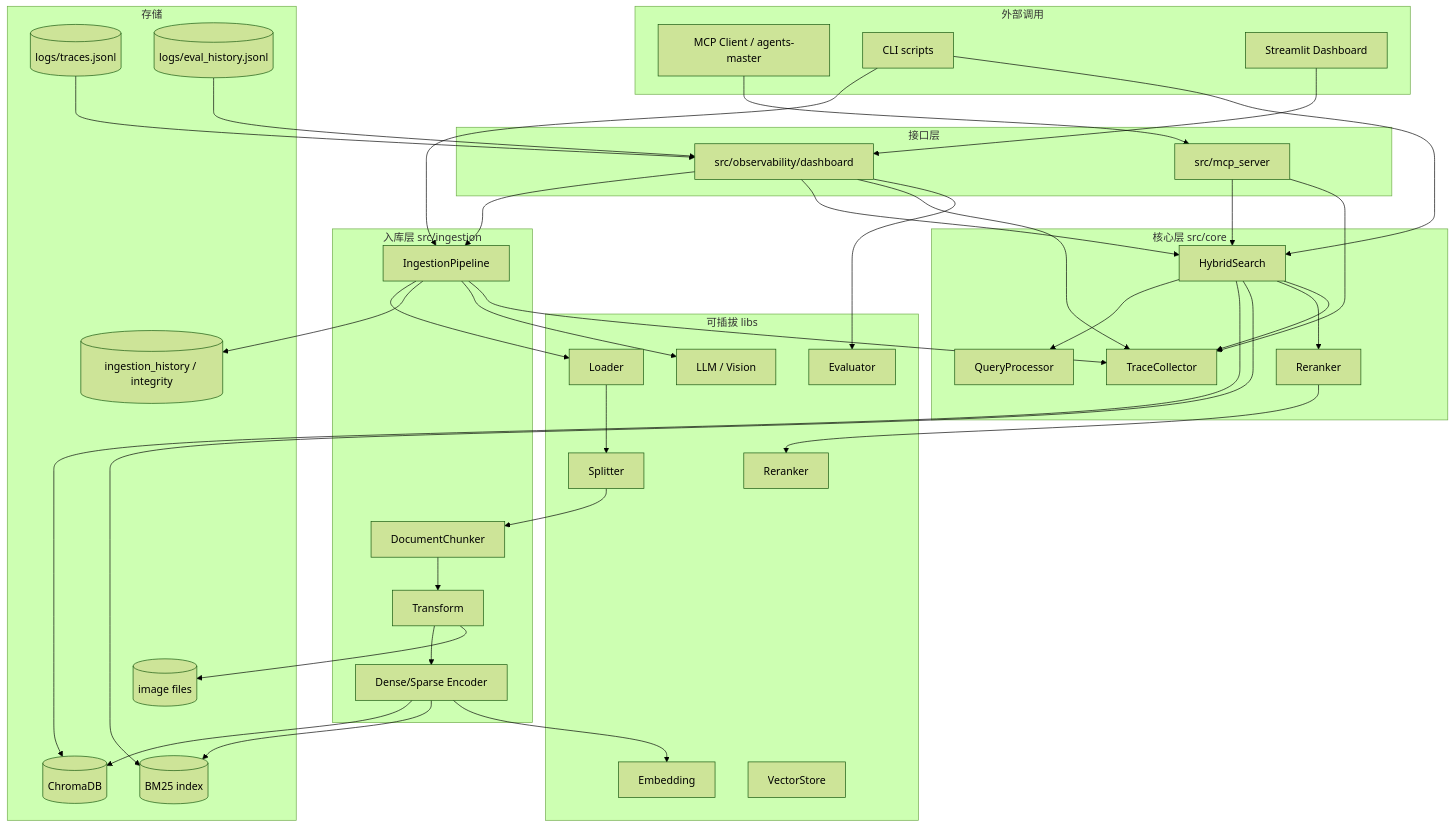
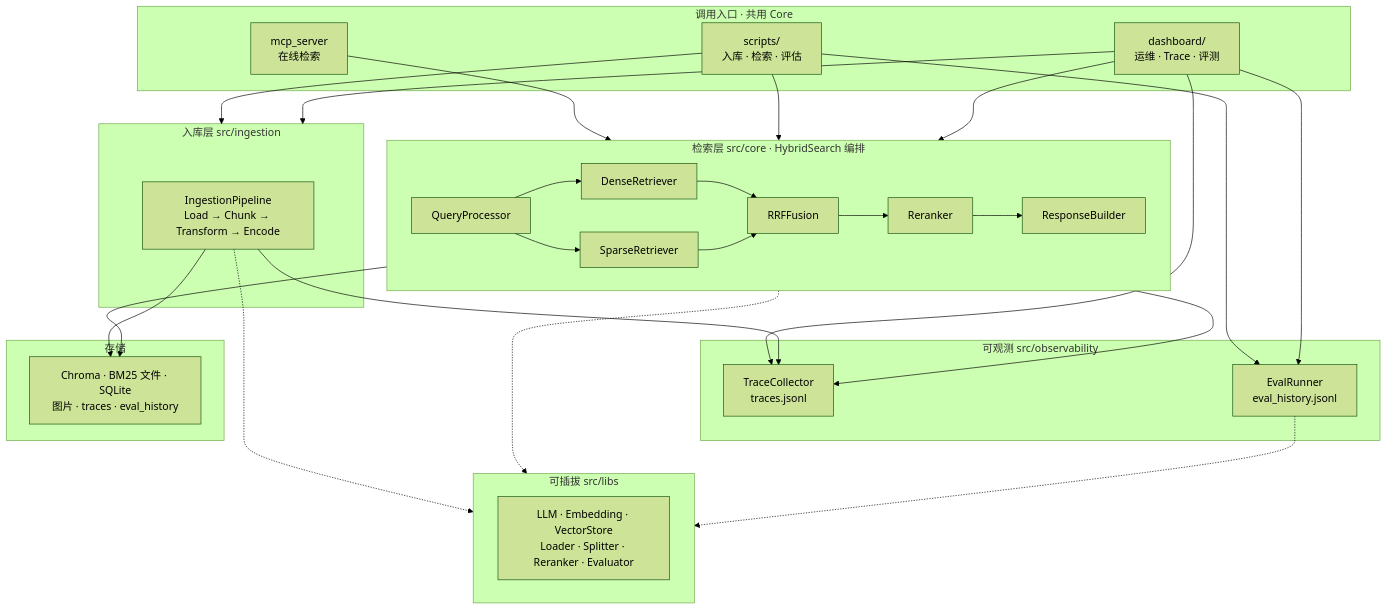
Before and after one commit to fireloop0828/contextbridge-agent: the diagram in rag-server/docs/project-design/系统架构与模块选型.md, drawn with Mermaid (forest theme). The commit also changed other lines of this file and 6 other files, not shown here.

````diff
--- a/rag-server/docs/project-design/系统架构与模块选型.md
+++ b/rag-server/docs/project-design/系统架构与模块选型.md
@@ -26,75 +26,48 @@
 ```mermaid
 flowchart TB
-  subgraph External[外部调用]
-    MCP[MCP Client / agents-master]
-    CLI[CLI scripts]
-    UI[Streamlit Dashboard]
-  end
-
-  subgraph Interface[接口层]
-    MCPsrv[src/mcp_server]
-    Dash[src/observability/dashboard]
-  end
-
-  subgraph Core[核心层 src/core]
-    QP[QueryProcessor]
-    HS[HybridSearch]
-    RR[Reranker]
-    Trace[TraceCollector]
+  subgraph Entry[调用入口 · 共用 Core]
+    MCP["mcp_server<br/>在线检索"]
+    CLI["scripts/<br/>入库 · 检索 · 评估"]
+    DASH["dashboard/<br/>运维 · Trace · 评测"]
   end
 
   subgraph Ingestion[入库层 src/ingestion]
-    Pipe[IngestionPipeline]
-    Chunk[DocumentChunker]
-    Trans[Transform]
-    Enc[Dense/Sparse Encoder]
+    PIPE["IngestionPipeline<br/>Load → Chunk → Transform → Encode"]
   end
 
-  subgraph Libs[可插拔 libs]
-    LLM[LLM / Vision]
-    Emb[Embedding]
-    VS[VectorStore]
-    Load[Loader]
-    Split[Splitter]
-    RerankLib[Reranker]
-    EvalLib[Evaluator]
+  subgraph Retrieval[检索层 src/core · HybridSearch 编排]
+    QP[QueryProcessor]
+    DR[DenseRetriever]
+    SR[SparseRetriever]
+    RRF[RRFFusion]
+    RR[Reranker]
+    RB[ResponseBuilder]
+    QP --> DR & SR
+    DR --> RRF
+    SR --> RRF
+    RRF --> RR --> RB
+  end
+
+  subgraph Obs[可观测 src/observability]
+    TRACE["TraceCollector<br/>traces.jsonl"]
+    EVAL["EvalRunner<br/>eval_history.jsonl"]
+  end
+
+  subgraph Libs[可插拔 src/libs]
+    LIB["LLM · Embedding · VectorStore<br/>Loader · Splitter · Reranker · Evaluator"]
   end
 
   subgraph Storage[存储]
-    Chroma[(ChromaDB)]
-    BM25[(BM25 index)]
-    SQLite[(ingestion_history / integrity)]
-    Img[(image files)]
-    Traces[(logs/traces.jsonl)]
-    EvalHist[(logs/eval_history.jsonl)]
+    DB["Chroma · BM25 文件 · SQLite<br/>图片 · traces · eval_history"]
   end
 
-  MCP --> MCPsrv
-  CLI --> Pipe
-  CLI --> HS
-  UI --> Dash
-  MCPsrv --> HS
-  MCPsrv --> Trace
-  Dash --> Pipe
-  Dash --> HS
-  Dash --> Trace
+  MCP --> Retrieval
+  CLI --> Ingestion & Retrieval & EVAL
+  DASH --> Ingestion & Retrieval & TRACE & EVAL
 
-  Pipe --> Load --> Split --> Chunk --> Trans --> Enc
-  Enc --> Chroma
-  Enc --> BM25
-  Pipe --> SQLite
-  Trans --> Img
-
-  HS --> QP
-  HS --> Chroma
-  HS --> BM25
-  HS --> RR
-  RR --> RerankLib
-  Enc --> Emb
-  Pipe --> LLM
-  HS --> Trace
-  Pipe --> Trace
-  Dash --> EvalLib
-  EvalHist --> Dash
-  Traces --> Dash
+  PIPE --> DB
+  Retrieval --> DB
+  PIPE & Retrieval --> TRACE
+  PIPE & Retrieval -.-> Libs
+  EVAL -.-> Libs
 ```
````
